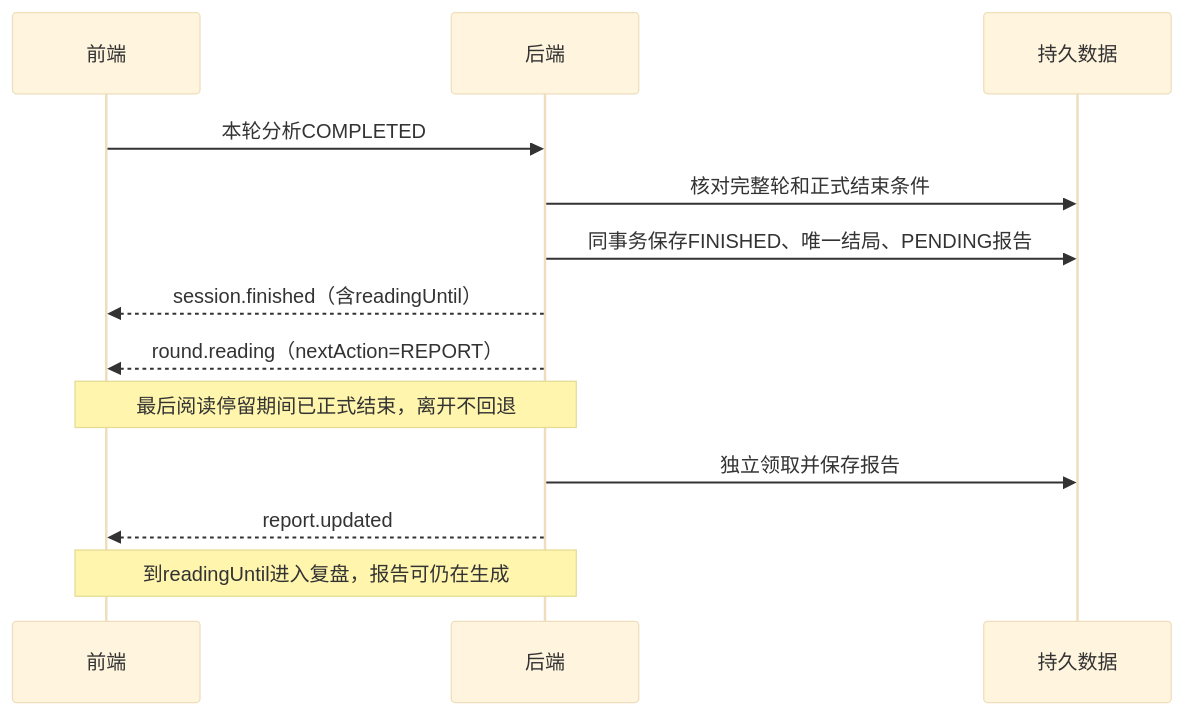
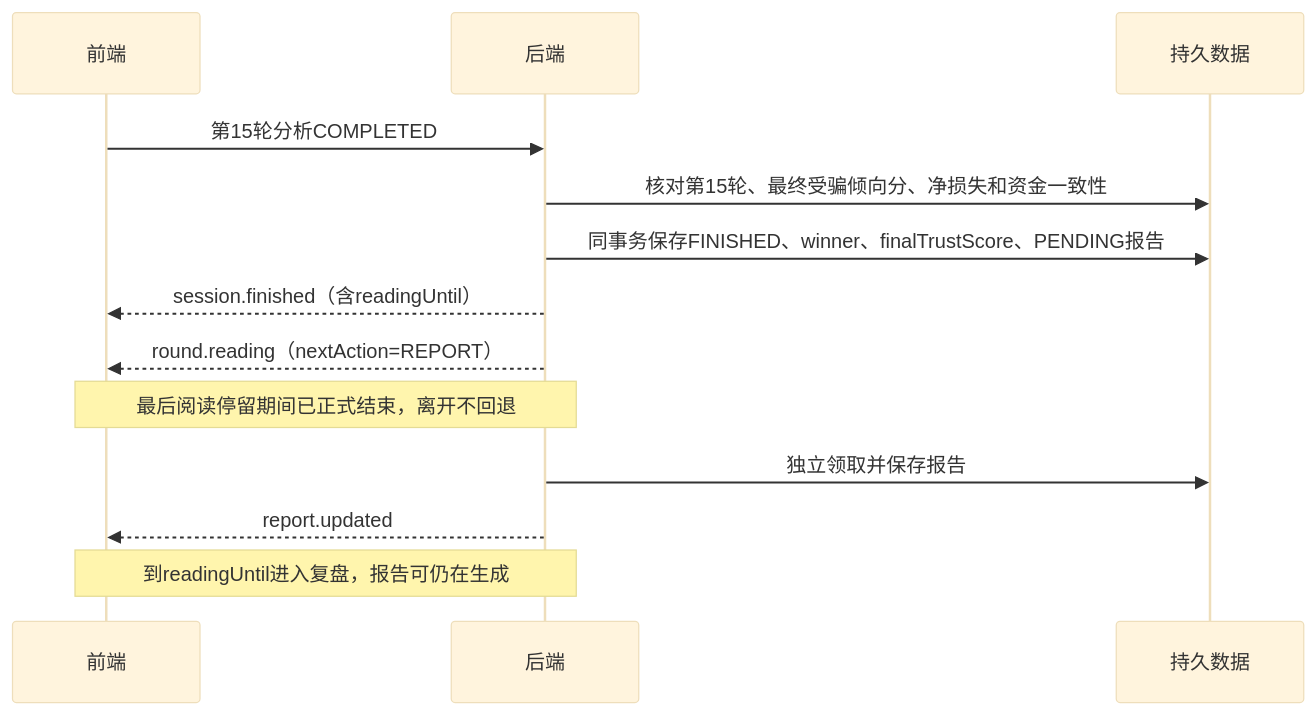
The second of 4 diagrams in docs/AI反诈情景推演平台_接口文档_V1_1.md (CARL-zhou7/AI-anti-scrm-new), drawn with Mermaid (base theme) before and after one commit. The commit also changed other lines of this file and 131 other files, not shown here.

````diff
--- a/docs/AI反诈情景推演平台_接口文档_V1_1.md
+++ b/docs/AI反诈情景推演平台_接口文档_V1_1.md
@@ -185,15 +220,15 @@
 ```mermaid
 sequenceDiagram
   participant U as 前端
   participant B as 后端
   participant D as 持久数据
-  U->>B: 本轮分析COMPLETED
-  B->>D: 核对完整轮和正式结束条件
-  B->>D: 同事务保存FINISHED、唯一结局、PENDING报告
+  U->>B: 第15轮分析COMPLETED
+  B->>D: 核对第15轮、最终受骗倾向分、净损失和资金一致性
+  B->>D: 同事务保存FINISHED、winner、finalTrustScore、PENDING报告
   B-->>U: session.finished（含readingUntil）
   B-->>U: round.reading（nextAction=REPORT）
   Note over U,B: 最后阅读停留期间已正式结束，离开不回退
   B->>D: 独立领取并保存报告
   B-->>U: report.updated
   Note over U,B: 到readingUntil进入复盘，报告可仍在生成
 ```
````
